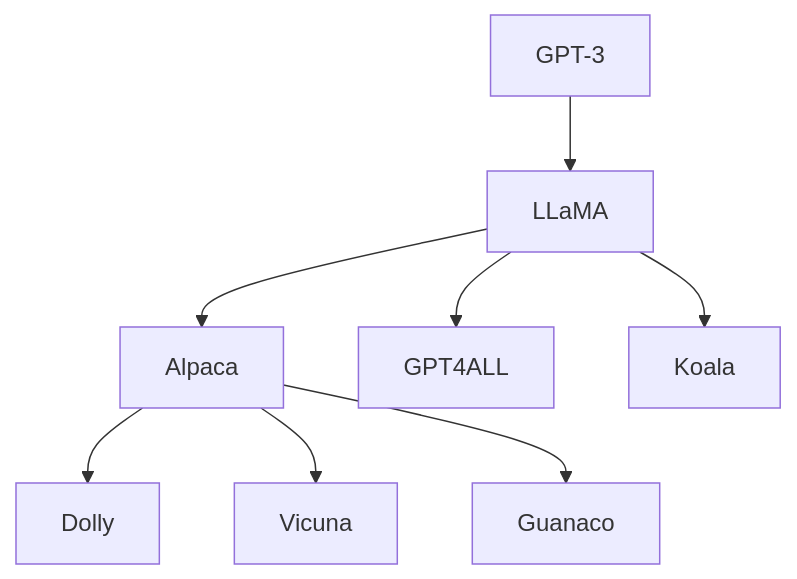
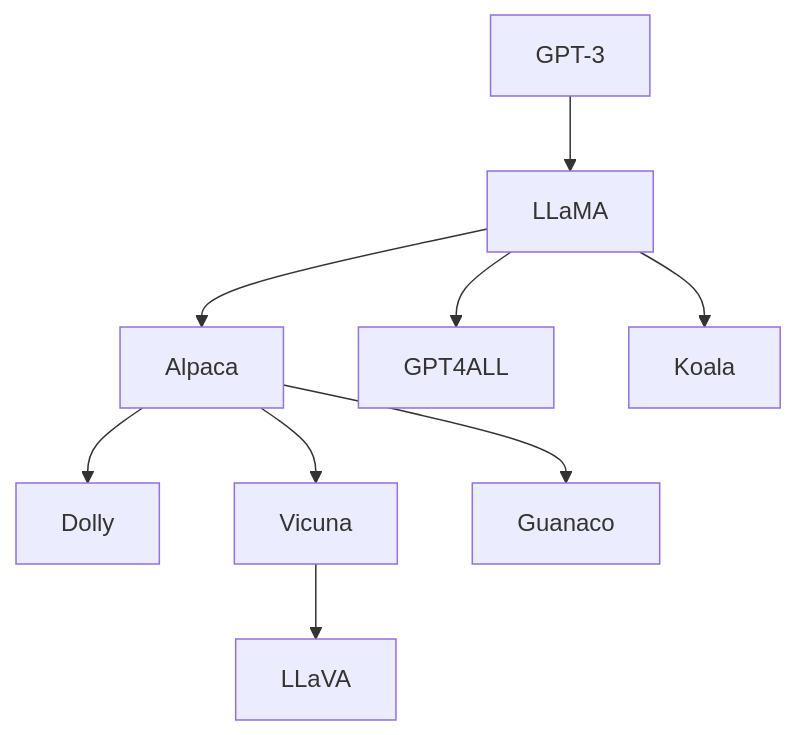
Before and after one commit to ted-sharp/chatvox: diagram 18 of 23 in doc/llm.md, drawn with Mermaid. The commit also changed other lines of this file, not shown here.

````diff
--- a/doc/llm.md
+++ b/doc/llm.md
@@ -803,9 +803,10 @@
 ```mermaid
 flowchart
 
 GPT-3 --> LLaMA --> Alpaca --> Dolly
 Alpaca --> Vicuna
 LLaMA --> GPT4ALL
 LLaMA --> Koala
+Vicuna --> LLaVA
 Alpaca --> Guanaco
 ```
````
